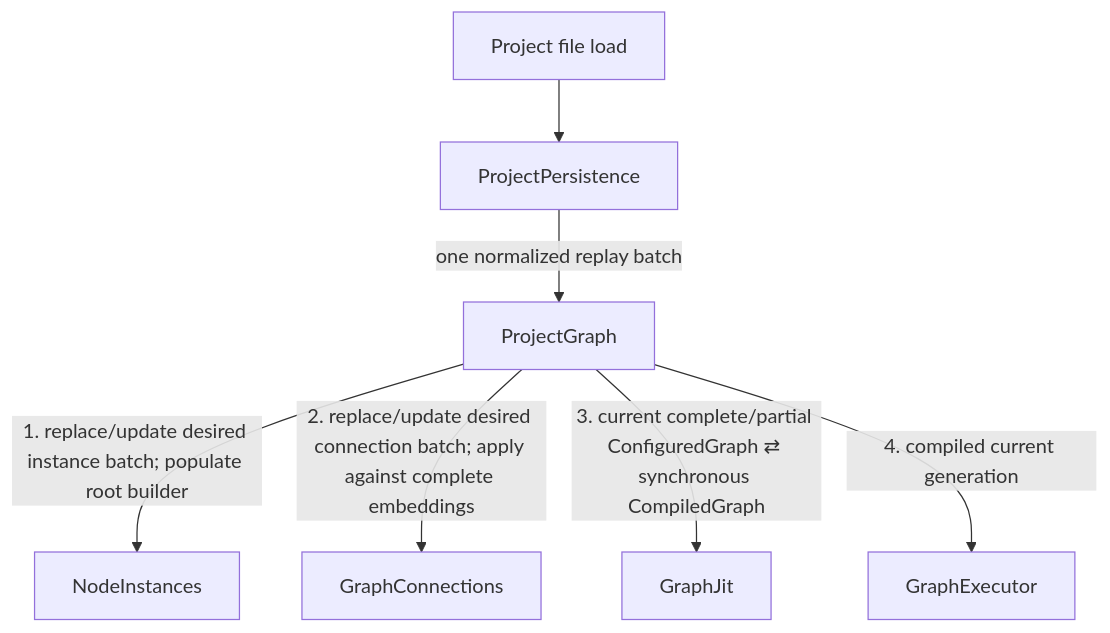
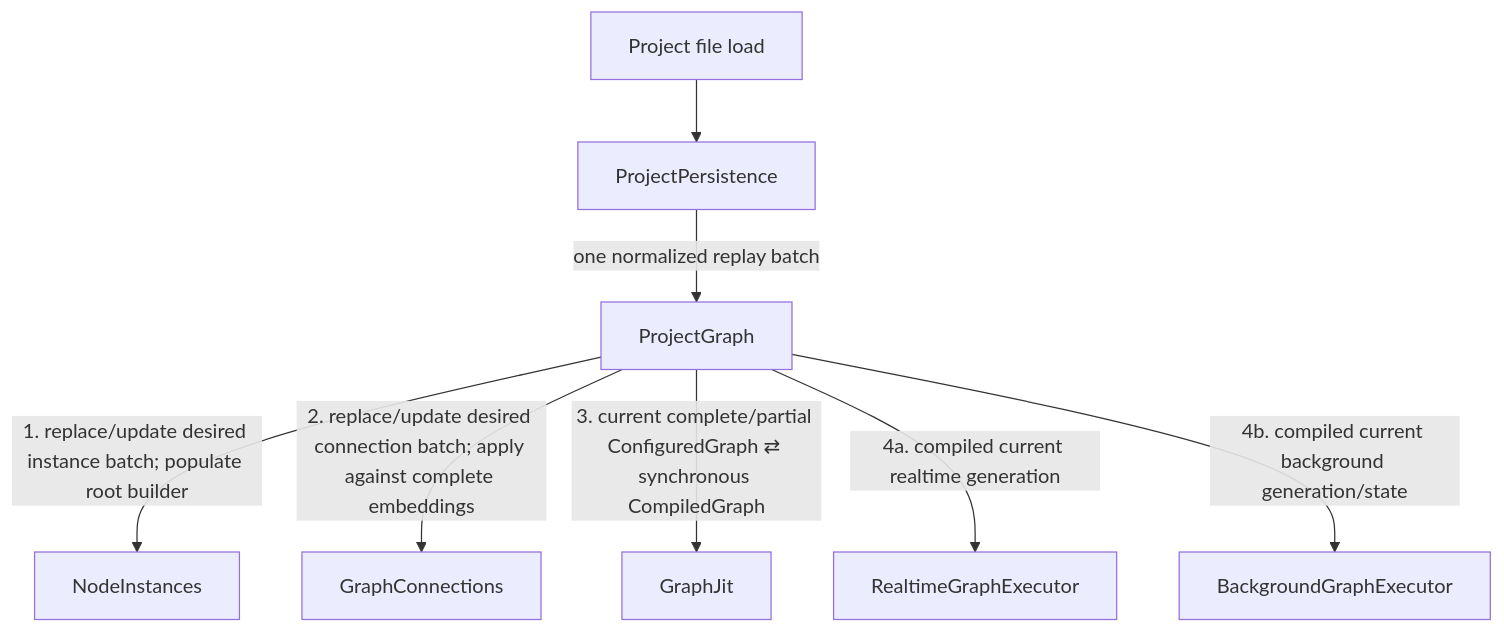
Before and after one commit to ljleb/intravenous: the first of 2 diagrams in docs/event_flows/startup_and_project_replay.md, drawn with Mermaid. The commit also changed other lines of this file and 20 other files, not shown here.

````diff
--- a/docs/event_flows/startup_and_project_replay.md
+++ b/docs/event_flows/startup_and_project_replay.md
@@ -10,17 +10,19 @@
 ```mermaid
 flowchart TD
     SRC["Project file load"]
     PP["ProjectPersistence"]
     PG["ProjectGraph"]
     NI["NodeInstances"]
     GC["GraphConnections"]
     GJ["GraphJit"]
-    GE["GraphExecutor"]
+    RGE["RealtimeGraphExecutor"]
+    BGE["BackgroundGraphExecutor"]
 
     SRC --> PP
     PP -->|"one normalized replay batch"| PG
     PG -->|"1. replace/update desired instance batch; populate root builder"| NI
     PG -->|"2. replace/update desired connection batch; apply against complete embeddings"| GC
     PG -->|"3. current complete/partial ConfiguredGraph ⇄ synchronous CompiledGraph"| GJ
-    PG -->|"4. compiled current generation"| GE
+    PG -->|"4a. compiled current realtime generation"| RGE
+    PG -->|"4b. compiled current background generation/state"| BGE
 ```
````
